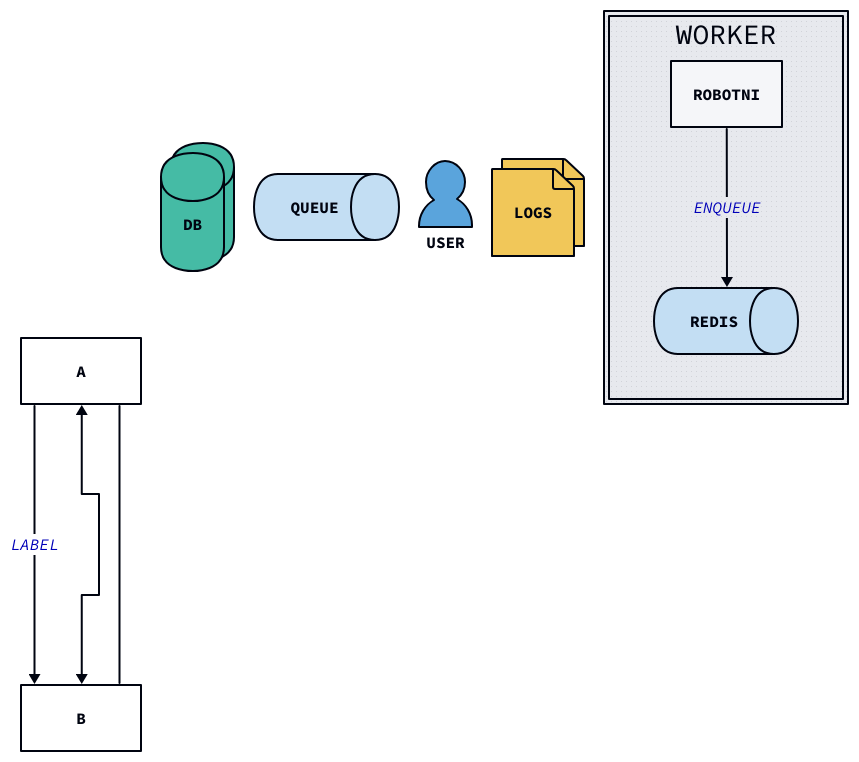
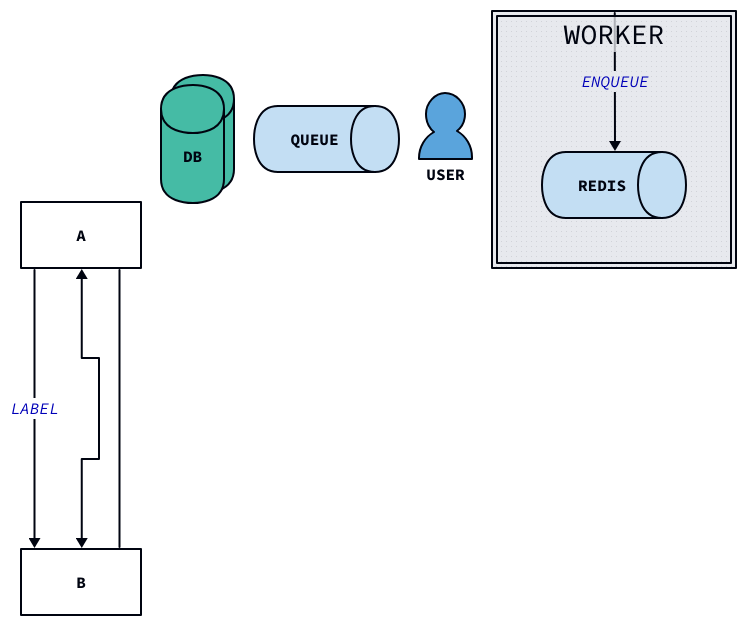
One commit to devskale/skale-skills changed the diagram in skills/d2/SKILL.md. Above: the diagram before and after it, drawn with D2. The commit also changed other lines of this file and 1 other file, not shown here.

````diff
--- a/skills/d2/SKILL.md
+++ b/skills/d2/SKILL.md
@@ -34,28 +31,20 @@
 ```d2
-# nodes + edges
 a -> b: label                 # directed edge with label
 a <-> b                       # bidirectional
 a -- b                        # undirected (no arrow)
 # NOTE: chains like `a -> b -> c: label` label EVERY edge — see Gotchas
 
-# shapes + styles
 db: { shape: cylinder; style.multiple: true }
 queue: { shape: queue }
 user: { shape: person }
-logs: { shape: page; style.multiple: true }
 
-# containers + dot notation (nesting)
-worker: {
-  robotni
+worker: {                     # containers + dot notation (nesting)
   redis: { shape: queue }
 }
-worker.robotni -> worker.redis: enqueue
+worker -> worker.redis: enqueue
 
-# per-file config (reproducible without CLI flags)
-vars: {
-  d2-config: {
-    layout-engine: elk
-    theme-id: 300              # Terminal theme. Run `d2 themes` to list all.
-  }
-}
+vars: { d2-config: {          # per-file config → reproducible without CLI flags
+  layout-engine: elk
+  theme-id: 300               # `d2 themes` to list
+} }
 ```
````
